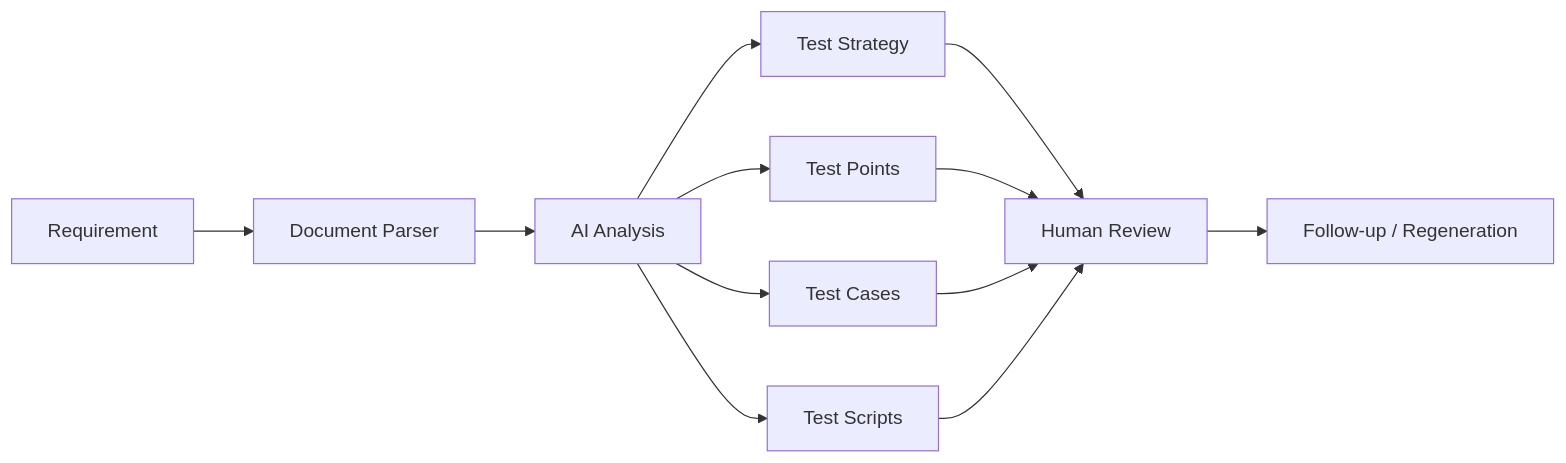
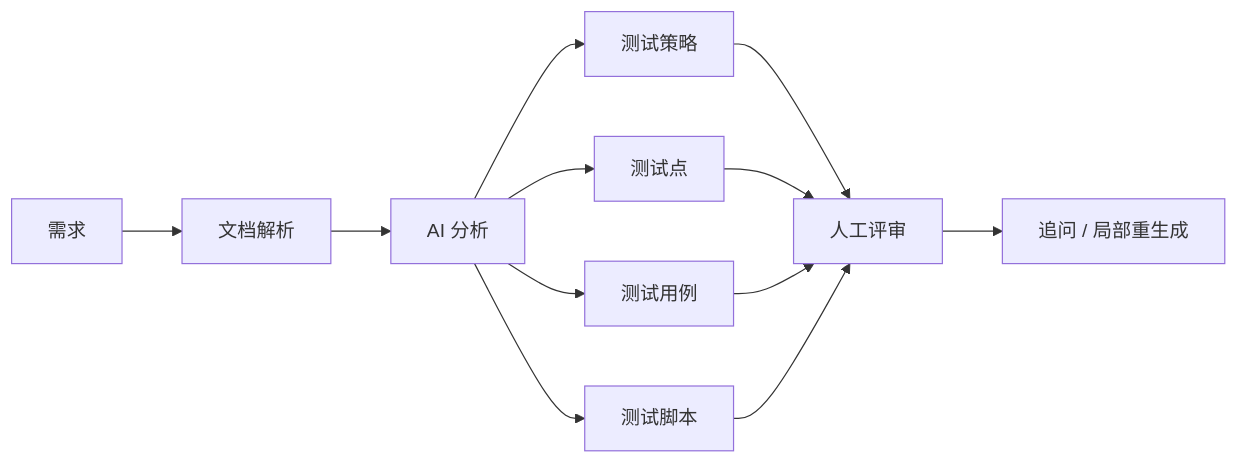
One commit to Dream22180971/TestPilotAgent changed the diagram in README.md. Above: the diagram before and after it, drawn with Mermaid. The commit also changed other lines of this file and 4 other files, not shown here.

````diff
--- a/README.md
+++ b/README.md
@@ -84,14 +86,14 @@
 ```mermaid
 flowchart LR
-    A[Requirement] --> B[Document Parser]
-    B --> C[AI Analysis]
-    C --> D[Test Strategy]
-    C --> E[Test Points]
-    C --> F[Test Cases]
-    C --> G[Test Scripts]
-    D --> H[Human Review]
+    A[需求] --> B[文档解析]
+    B --> C[AI 分析]
+    C --> D[测试策略]
+    C --> E[测试点]
+    C --> F[测试用例]
+    C --> G[测试脚本]
+    D --> H[人工评审]
     E --> H
     F --> H
     G --> H
-    H --> I[Follow-up / Regeneration]
+    H --> I[追问 / 局部重生成]
 ```
````
